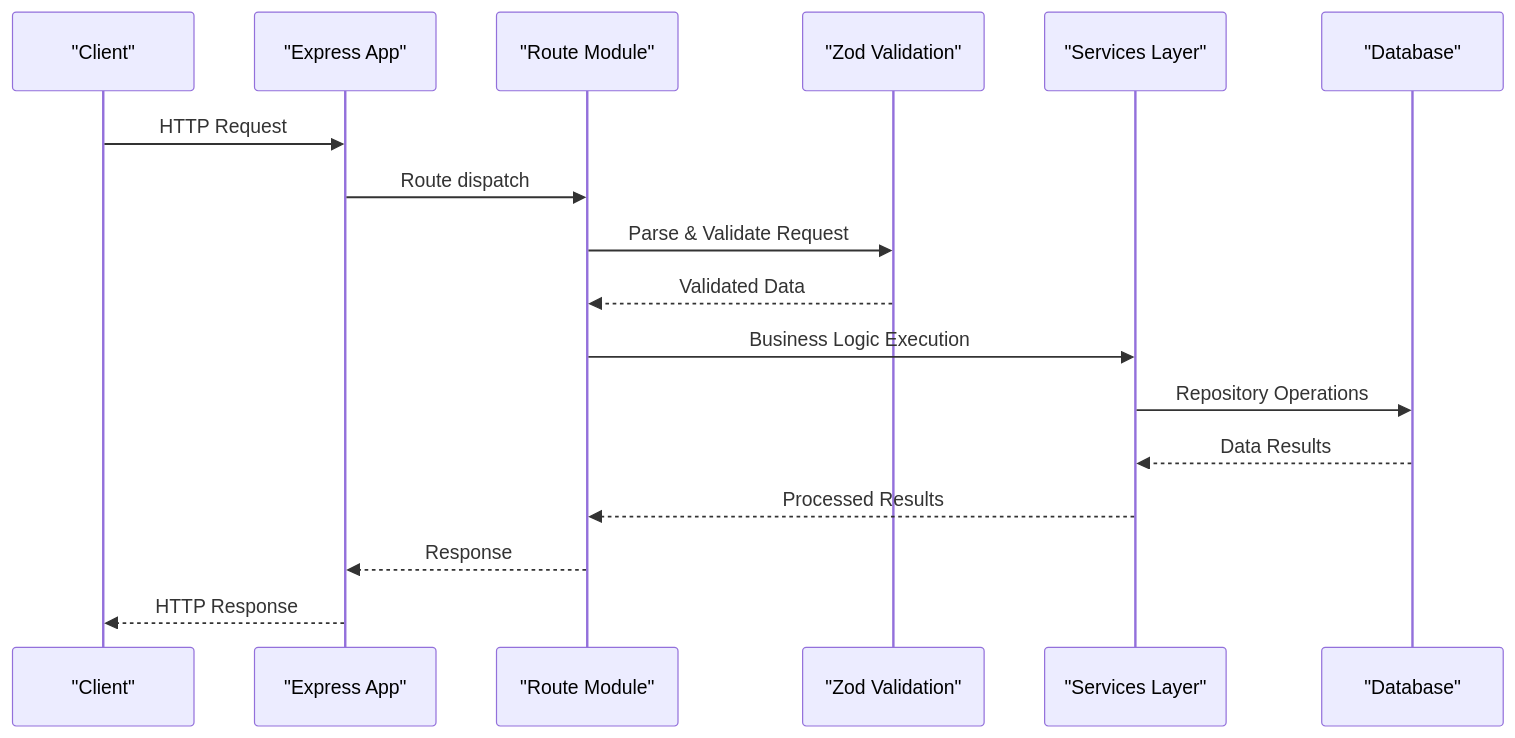
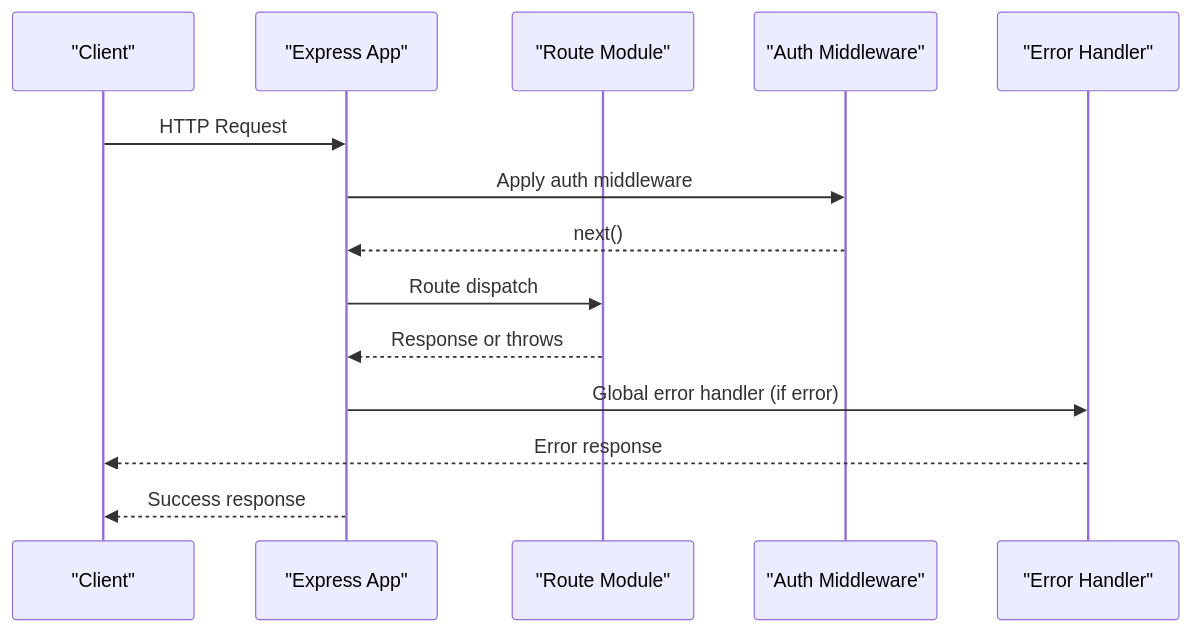
One commit to vishnusaibhosekar/ares changed the second of 3 diagrams in .qoder/repowiki/en/content/API Reference/API Reference.md. Above: the diagram before and after it, drawn with Mermaid. The commit also changed other lines of this file and 12 other files, not shown here.

````diff
--- a/.qoder/repowiki/en/content/API Reference/API Reference.md
+++ b/.qoder/repowiki/en/content/API Reference/API Reference.md
@@ -116,19 +120,16 @@
 ```mermaid
 sequenceDiagram
 participant C as "Client"
 participant E as "Express App"
 participant R as "Route Module"
-participant V as "Zod Validation"
-participant S as "Services Layer"
-participant DB as "Database"
+participant M1 as "Auth Middleware"
+participant M2 as "Error Handler"
 C->>E : HTTP Request
+E->>M1 : Apply auth middleware
+M1-->>E : next()
 E->>R : Route dispatch
-R->>V : Parse & Validate Request
-V-->>R : Validated Data
-R->>S : Business Logic Execution
-S->>DB : Repository Operations
-DB-->>S : Data Results
-S-->>R : Processed Results
-R-->>E : Response
-E-->>C : HTTP Response
+R-->>E : Response or throws
+E->>M2 : Global error handler (if error)
+M2-->>C : Error response
+E-->>C : Success response
 ```
````
